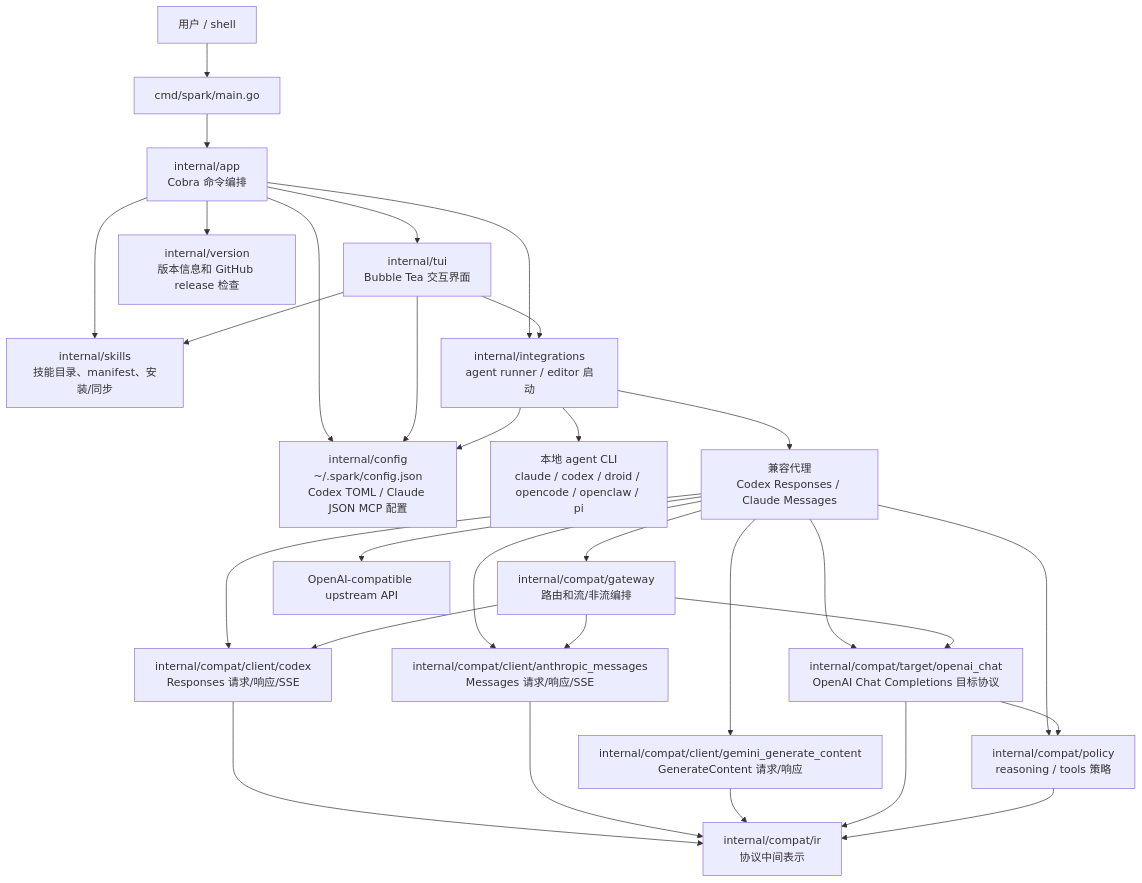
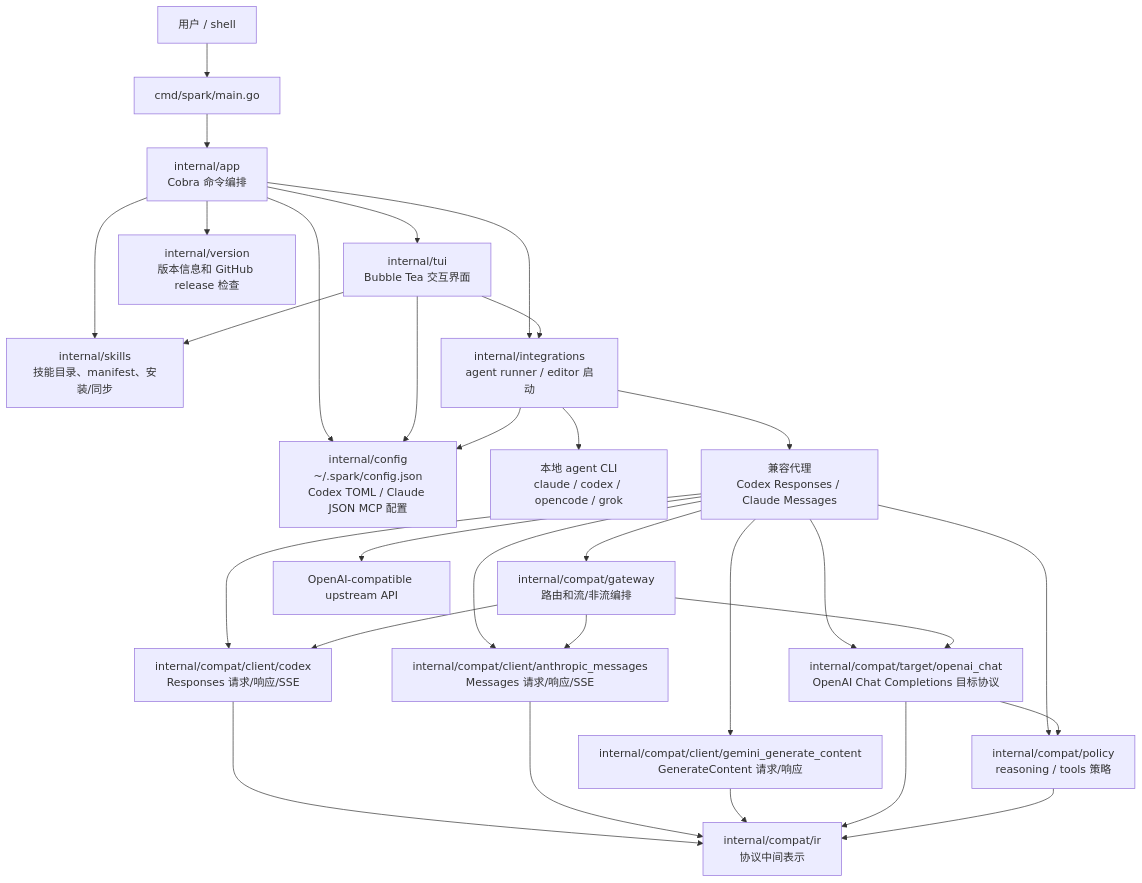
Before and after one commit to zhangsanfeng1094/spark: the first of 7 diagrams in docs/internal-architecture.md, drawn with Mermaid. The commit also changed other lines of this file and 33 other files, not shown here.

````diff
--- a/docs/internal-architecture.md
+++ b/docs/internal-architecture.md
@@ -7,38 +7,38 @@
 ```mermaid
 flowchart TD
     User[用户 / shell] --> Main[cmd/spark/main.go]
     Main --> App[internal/app<br/>Cobra 命令编排]
 
     App --> TUI[internal/tui<br/>Bubble Tea 交互界面]
     App --> Config[internal/config<br/>~/.spark/config.json<br/>Codex TOML / Claude JSON MCP 配置]
     App --> Skills[internal/skills<br/>技能目录、manifest、安装/同步]
     App --> Version[internal/version<br/>版本信息和 GitHub release 检查]
     App --> Integrations[internal/integrations<br/>agent runner / editor 启动]
 
     TUI --> Config
     TUI --> Integrations
     TUI --> Skills
 
     Integrations --> Config
-    Integrations --> LocalAgent[本地 agent CLI<br/>claude / codex / droid / opencode / openclaw / pi]
+    Integrations --> LocalAgent[本地 agent CLI<br/>claude / codex / opencode / grok]
     Integrations --> CompatProxy[兼容代理<br/>Codex Responses / Claude Messages]
 
     CompatProxy --> ClientCodex[internal/compat/client/codex<br/>Responses 请求/响应/SSE]
     CompatProxy --> ClientAnthropic[internal/compat/client/anthropic_messages<br/>Messages 请求/响应/SSE]
     CompatProxy --> ClientGemini[internal/compat/client/gemini_generate_content<br/>GenerateContent 请求/响应]
     CompatProxy --> Gateway[internal/compat/gateway<br/>路由和流/非流编排]
     CompatProxy --> TargetOpenAI[internal/compat/target/openai_chat<br/>OpenAI Chat Completions 目标协议]
     CompatProxy --> Policy[internal/compat/policy<br/>reasoning / tools 策略]
 
     ClientCodex --> IR[internal/compat/ir<br/>协议中间表示]
     ClientAnthropic --> IR
     ClientGemini --> IR
     Gateway --> ClientCodex
     Gateway --> ClientAnthropic
     Gateway --> TargetOpenAI
     TargetOpenAI --> IR
     TargetOpenAI --> Policy
     Policy --> IR
 
     CompatProxy --> Upstream[OpenAI-compatible upstream API]
 ```
````
